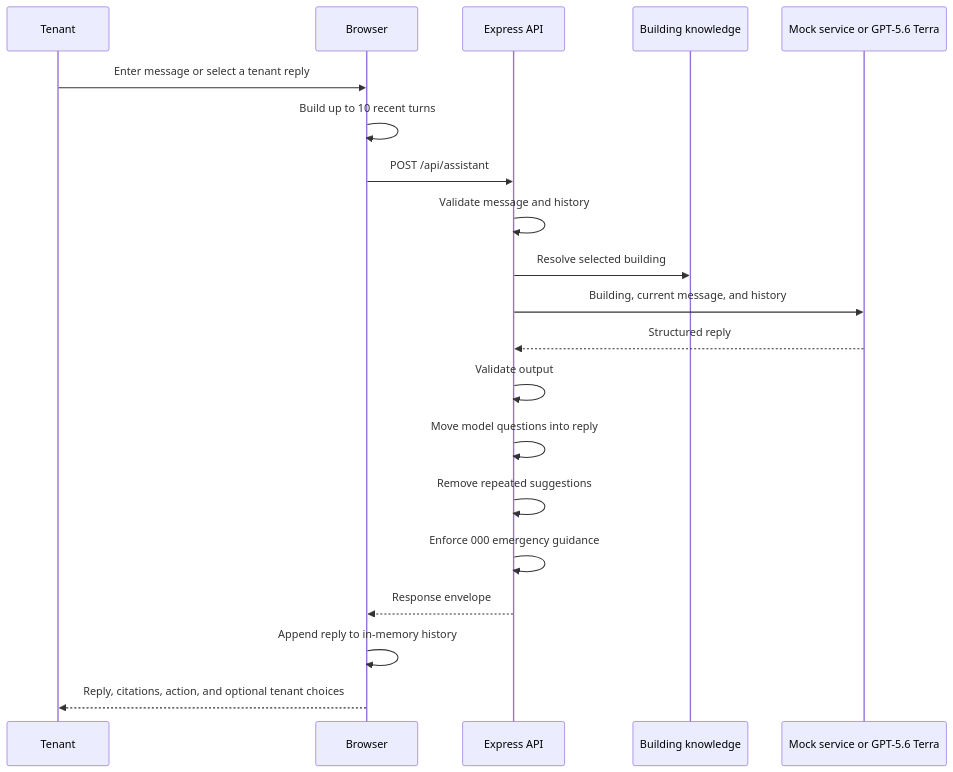
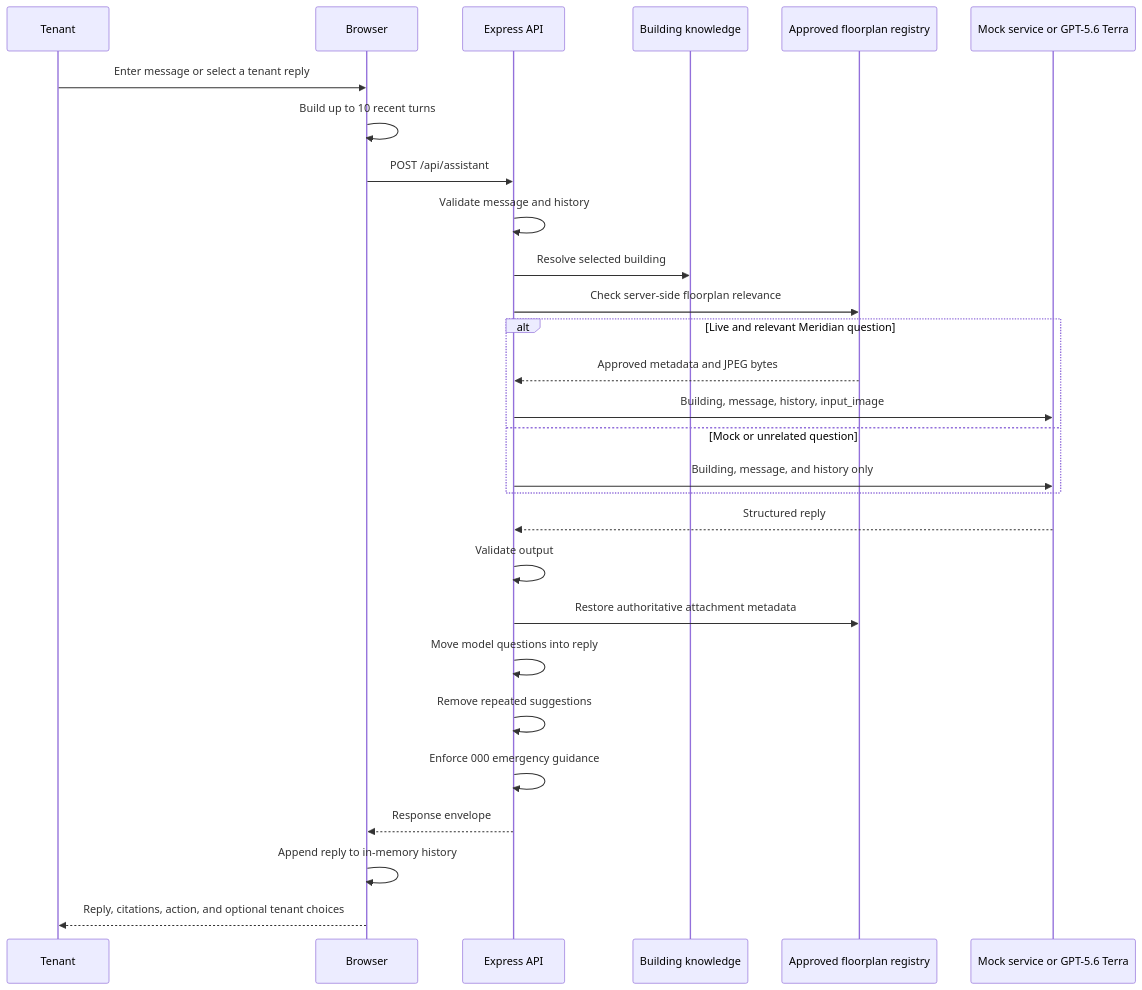
The diagram in docs/scenarios/06-tenant-virtual-assistant.md (samsonlee0907/agency-ai-demo-prototype), drawn with Mermaid before and after one commit. The commit also changed other lines of this file and 17 other files, not shown here.

````diff
--- a/docs/scenarios/06-tenant-virtual-assistant.md
+++ b/docs/scenarios/06-tenant-virtual-assistant.md
@@ -21,23 +22,31 @@
 ```mermaid
 sequenceDiagram
     participant U as Tenant
     participant B as Browser
     participant A as Express API
     participant D as Building knowledge
+    participant F as Approved floorplan registry
     participant G as Mock service or GPT-5.6 Terra
 
     U->>B: Enter message or select a tenant reply
     B->>B: Build up to 10 recent turns
     B->>A: POST /api/assistant
     A->>A: Validate message and history
     A->>D: Resolve selected building
-    A->>G: Building, current message, and history
+    A->>F: Check server-side floorplan relevance
+    alt Live and relevant Meridian question
+        F-->>A: Approved metadata and JPEG bytes
+        A->>G: Building, message, history, input_image
+    else Mock or unrelated question
+        A->>G: Building, message, and history only
+    end
     G-->>A: Structured reply
     A->>A: Validate output
+    A->>F: Restore authoritative attachment metadata
     A->>A: Move model questions into reply
     A->>A: Remove repeated suggestions
     A->>A: Enforce 000 emergency guidance
     A-->>B: Response envelope
     B->>B: Append reply to in-memory history
     B-->>U: Reply, citations, action, and optional tenant choices
 ```
````
